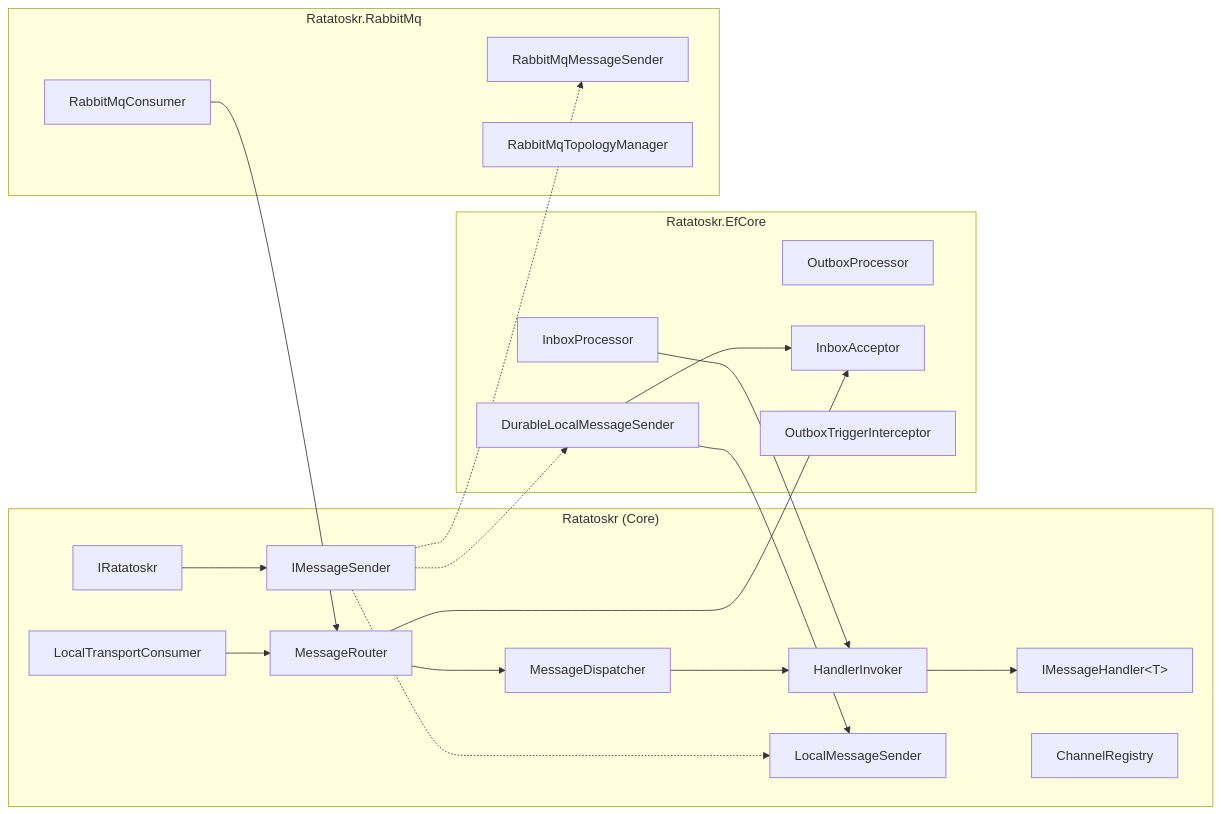
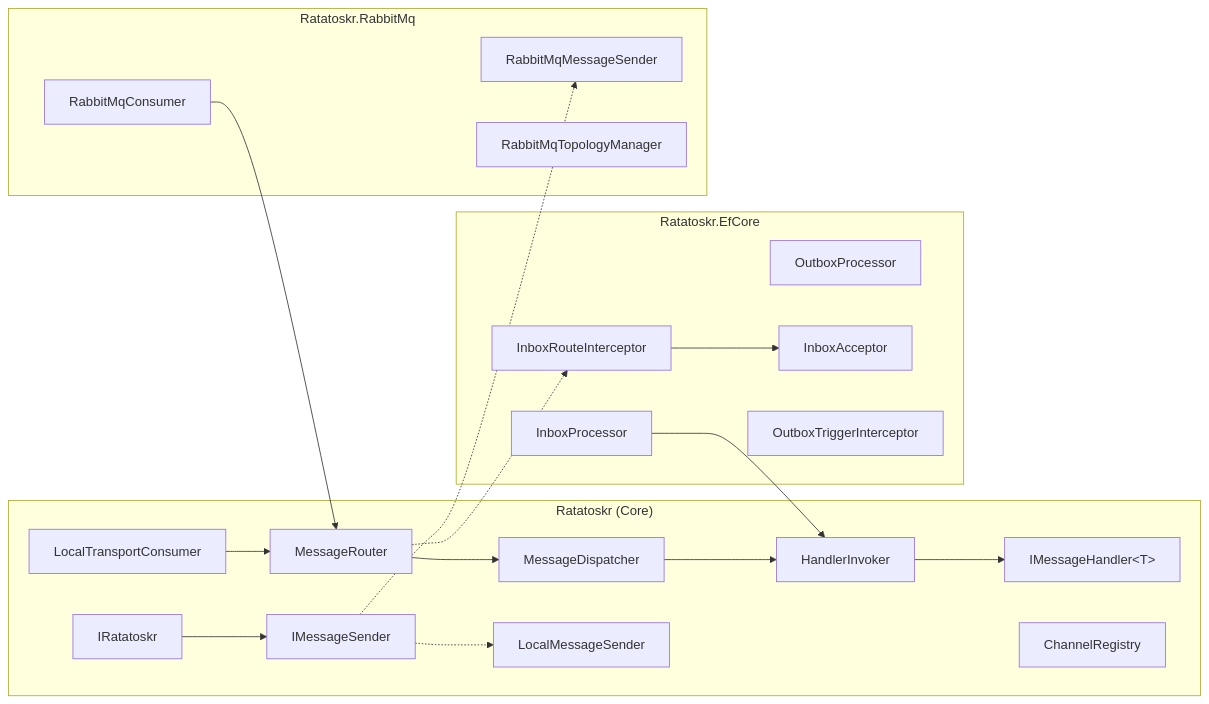
The first of 9 diagrams in docs/architecture.md (saithis/Ratatoskr), drawn with Mermaid before and after one commit. The commit also changed other lines of this file and 20 other files, not shown here.

````diff
--- a/docs/architecture.md
+++ b/docs/architecture.md
@@ -7,42 +7,40 @@
 ```mermaid
 graph LR
     subgraph Core ["Ratatoskr (Core)"]
         IRatatoskr["IRatatoskr"]
         IMessageSender["IMessageSender"]
         IMessageHandler["IMessageHandler&lt;T&gt;"]
         MessageRouter["MessageRouter"]
         MessageDispatcher["MessageDispatcher"]
         HandlerInvoker["HandlerInvoker"]
         ChannelRegistry["ChannelRegistry"]
         LocalSender["LocalMessageSender"]
         LocalConsumer["LocalTransportConsumer"]
     end
 
     subgraph EfCore ["Ratatoskr.EfCore"]
         OutboxProcessor["OutboxProcessor"]
         InboxProcessor["InboxProcessor"]
         InboxAcceptor["InboxAcceptor"]
-        DurableLocalSender["DurableLocalMessageSender"]
+        InboxInterceptor["InboxRouteInterceptor"]
         OutboxInterceptor["OutboxTriggerInterceptor"]
     end
 
     subgraph RabbitMq ["Ratatoskr.RabbitMq"]
         RmqSender["RabbitMqMessageSender"]
         RmqConsumer["RabbitMqConsumer"]
         TopologyManager["RabbitMqTopologyManager"]
     end
 
     IRatatoskr --> IMessageSender
     IMessageSender -.-> LocalSender
     IMessageSender -.-> RmqSender
-    IMessageSender -.-> DurableLocalSender
-    DurableLocalSender --> LocalSender
-    DurableLocalSender --> InboxAcceptor
     LocalConsumer --> MessageRouter
     RmqConsumer --> MessageRouter
-    MessageRouter --> InboxAcceptor
+    MessageRouter -.-> InboxInterceptor
+    InboxInterceptor --> InboxAcceptor
     MessageRouter --> MessageDispatcher
     MessageDispatcher --> HandlerInvoker
     InboxProcessor --> HandlerInvoker
     HandlerInvoker --> IMessageHandler
 ```
````
